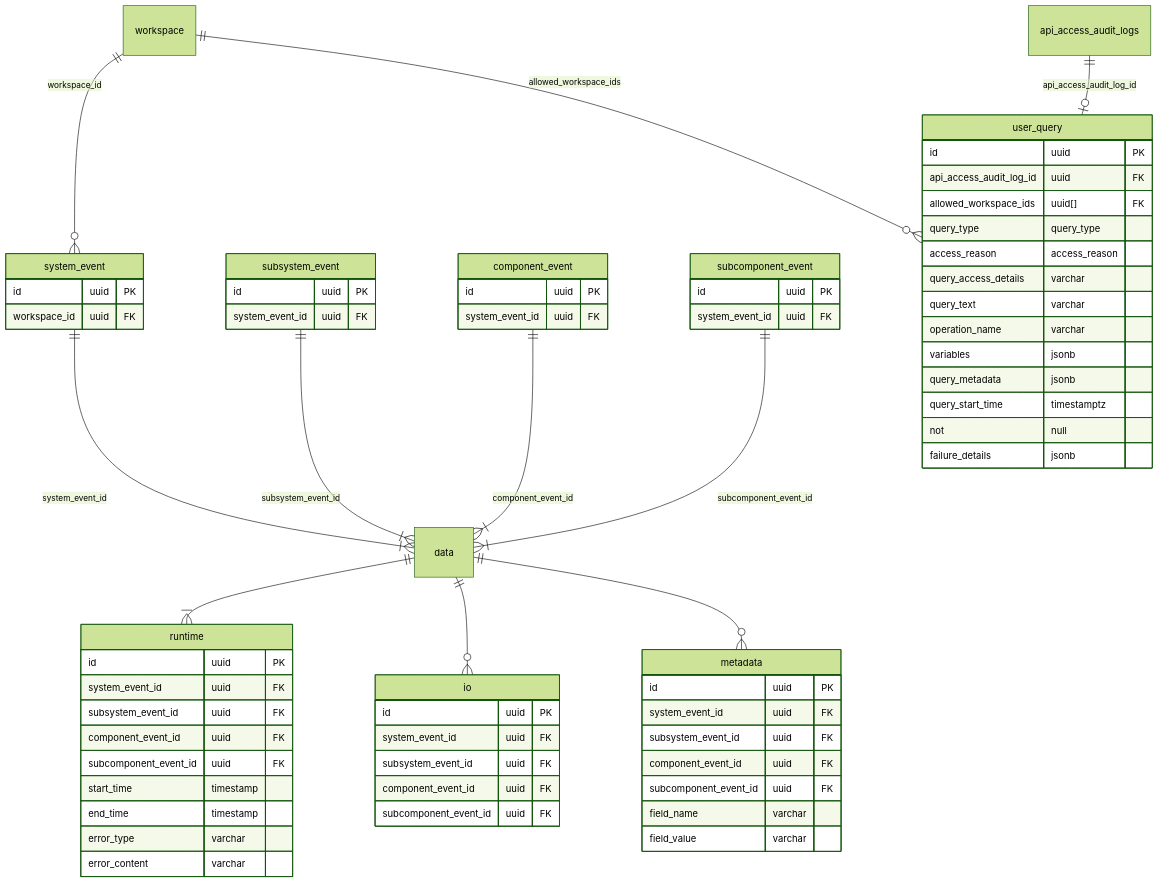
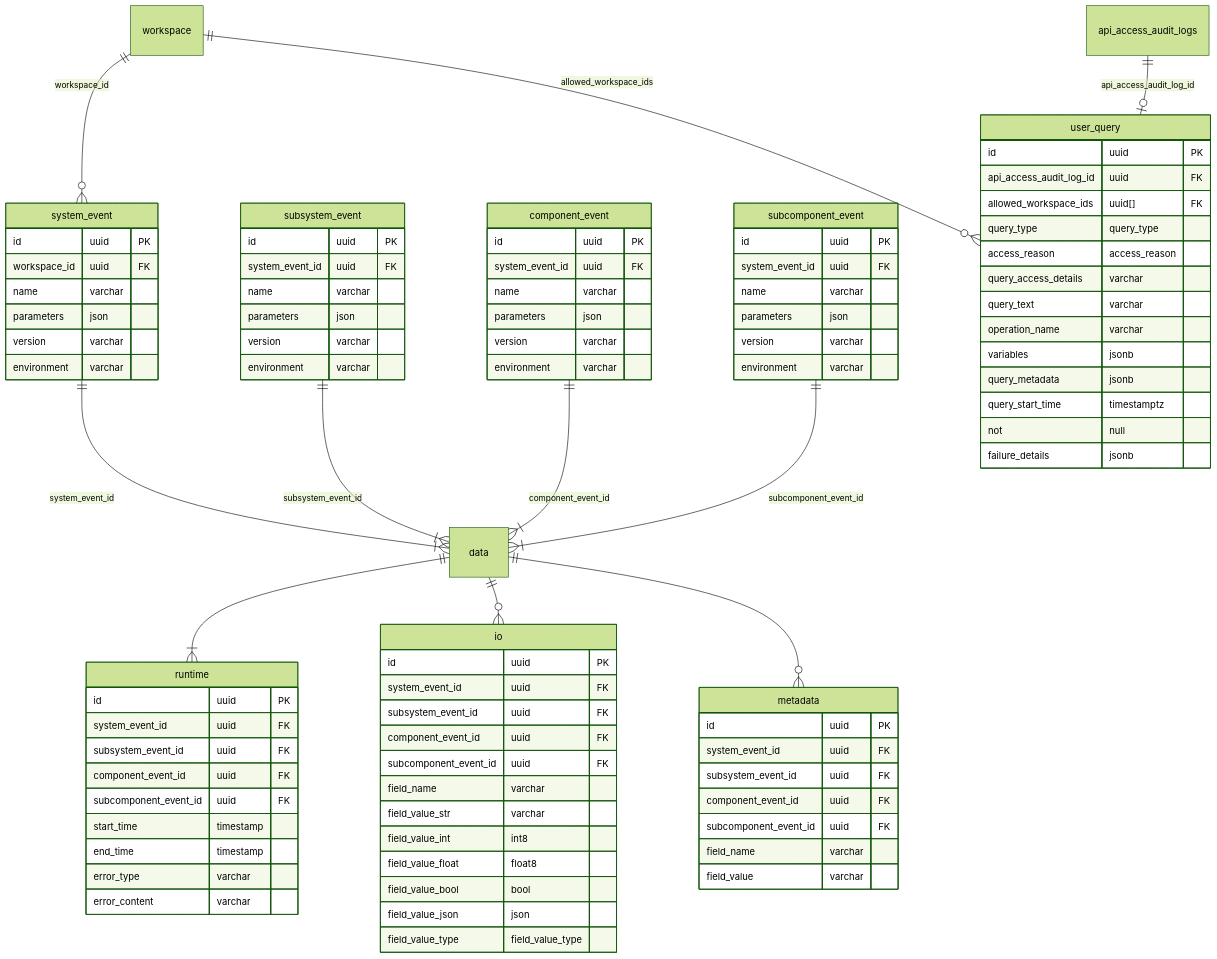
The diagram in docs/diagrams/db_schema/data_tables.mmd (PtolemyLovesYou/ptolemy), drawn with Mermaid (forest theme) before and after one commit.

Commit message:
docs: Update ERD #203

```diff
--- a/docs/diagrams/db_schema/data_tables.mmd
+++ b/docs/diagrams/db_schema/data_tables.mmd
@@ -1,80 +1,103 @@
 erDiagram
 
 workspace ||--o{ system_event : workspace_id
 
 system_event ||--|{ data : system_event_id
 subsystem_event ||--|{ data : subsystem_event_id
 component_event ||--|{ data: component_event_id
 subcomponent_event ||--|{ data: subcomponent_event_id
 
 data ||--|{ runtime : ""
 data ||--o{ io : ""
 data ||--o{ metadata : ""
 
 api_access_audit_logs ||--o| user_query : api_access_audit_log_id
 workspace ||--o{ user_query : allowed_workspace_ids
 
 system_event {
     id uuid PK
     workspace_id uuid FK
+    name varchar
+    parameters json
+    version varchar
+    environment varchar
 }
 
 subsystem_event {
     id uuid PK
     system_event_id uuid FK
+    name varchar
+    parameters json
+    version varchar
+    environment varchar
 }
 
 component_event {
     id uuid PK
     system_event_id uuid FK
+    name varchar
+    parameters json
+    version varchar
+    environment varchar
 }
 
 subcomponent_event {
     id uuid PK
     system_event_id uuid FK
+    name varchar
+    parameters json
+    version varchar
+    environment varchar
 }
 
 runtime {
     id uuid PK
     system_event_id uuid FK
     subsystem_event_id uuid FK
     component_event_id uuid FK
     subcomponent_event_id uuid FK
     start_time timestamp
     end_time timestamp
     error_type varchar
     error_content varchar
 }
 
 io {
     id uuid PK
     system_event_id uuid FK
     subsystem_event_id uuid FK
     component_event_id uuid FK
     subcomponent_event_id uuid FK
+    field_name varchar
+    field_value_str varchar
+    field_value_int int8
+    field_value_float float8
+    field_value_bool bool
+    field_value_json json
+    field_value_type field_value_type
 }
 
 metadata {
     id uuid PK
     system_event_id uuid FK
     subsystem_event_id uuid FK
     component_event_id uuid FK
     subcomponent_event_id uuid FK
     field_name varchar
     field_value varchar
 }
 
 user_query {
     id uuid PK
     api_access_audit_log_id uuid FK
     allowed_workspace_ids uuid[] FK
     query_type query_type
     access_reason access_reason
     query_access_details varchar
     query_text varchar
     operation_name varchar
     variables jsonb
     query_metadata jsonb
     query_start_time timestamptz not null
     failure_details jsonb
 }
```
